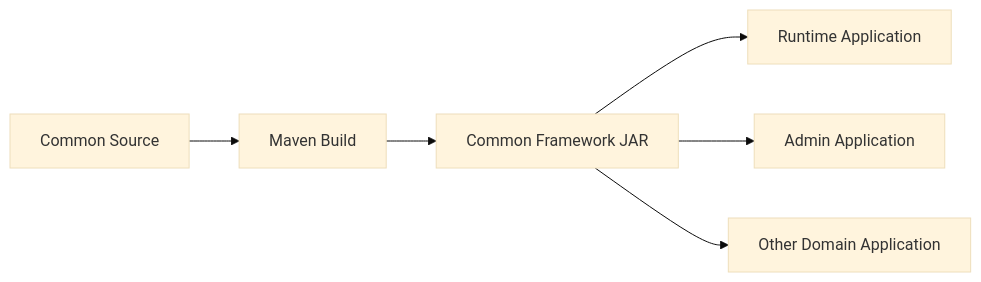
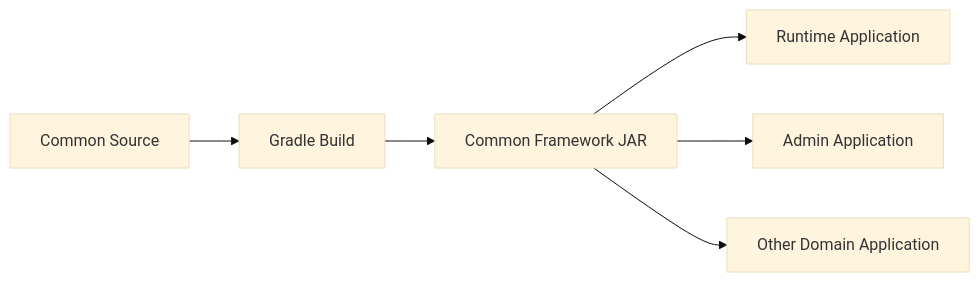
The third of 29 diagrams in docs/01_project_start/01_overview/architecture_direction.md (Team-Microserver/microserver-docs), drawn with Mermaid (base theme) before and after one commit. The commit also changed other lines of this file and 30 other files, not shown here.

````diff
--- a/docs/01_project_start/01_overview/architecture_direction.md
+++ b/docs/01_project_start/01_overview/architecture_direction.md
@@ -145,8 +191,8 @@
 ```mermaid
 flowchart LR
-    COMMON_SOURCE["Common Source"] --> BUILD["Maven Build"]
+    COMMON_SOURCE["Common Source"] --> BUILD["Gradle Build"]
     BUILD --> JAR["Common Framework JAR"]
     JAR --> APP1["Runtime Application"]
     JAR --> APP2["Admin Application"]
     JAR --> APP3["Other Domain Application"]
 ```
````
